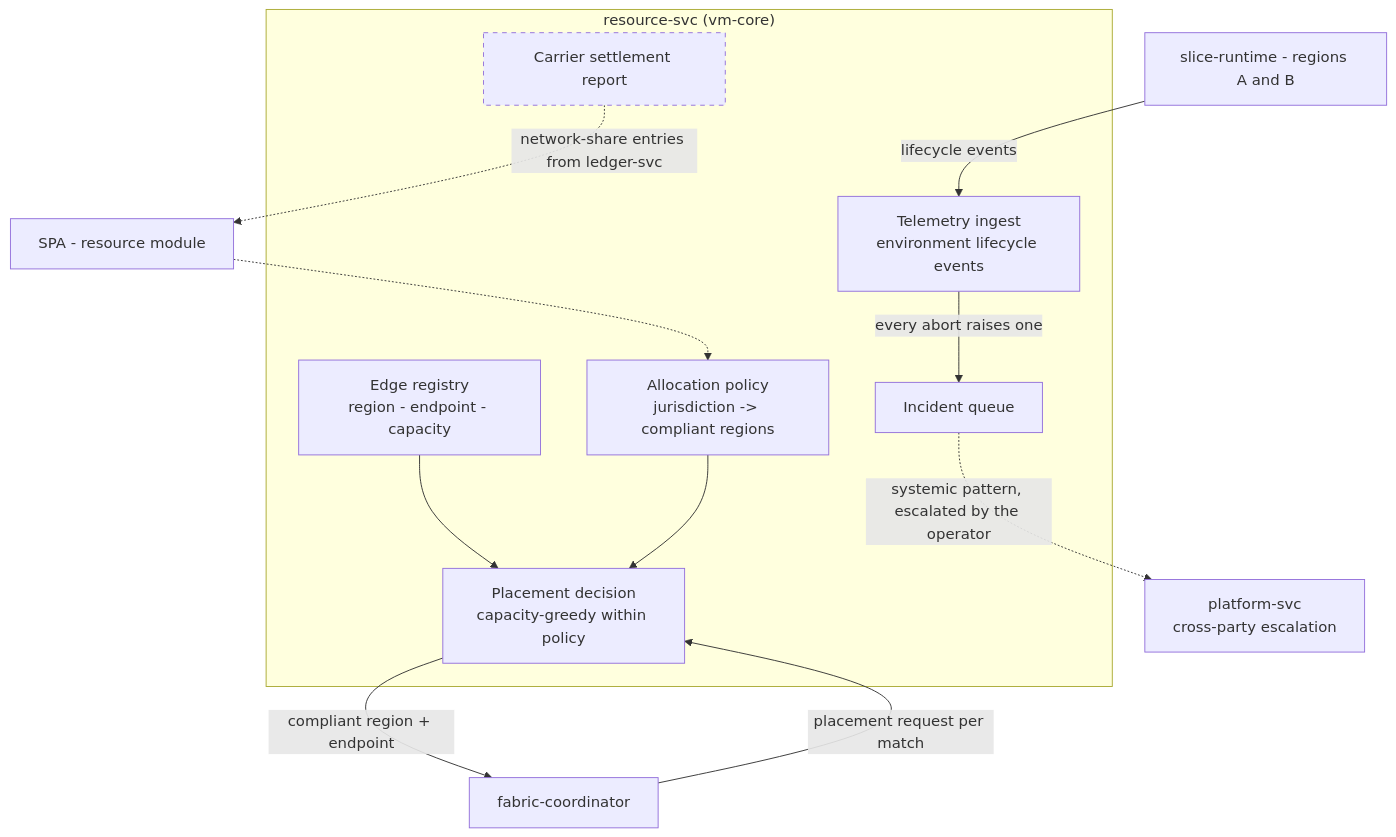
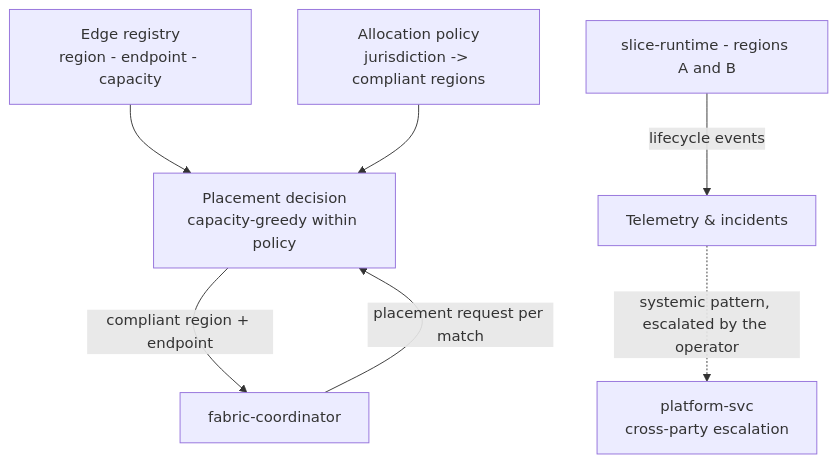
One commit to alius-git/amisad.dev changed the diagram in plan/design/04-resource.md. Above: the diagram before and after it, drawn with Mermaid. The commit also changed other lines of this file and 41 other files, not shown here.

First line of the commit message:
Index the AmisAd design diagrams and keep each within seven boxes

````diff
--- a/plan/design/04-resource.md
+++ b/plan/design/04-resource.md
@@ -7,28 +7,17 @@
 ```mermaid
 flowchart TD
-    subgraph svc["resource-svc (vm-core)"]
-        edges["Edge registry<br/>region - endpoint - capacity"]
-        policy["Allocation policy<br/>jurisdiction -> compliant regions"]
-        placement["Placement decision<br/>capacity-greedy within policy"]
-        telemetry["Telemetry ingest<br/>environment lifecycle events"]
-        incidents["Incident queue"]
-        settlement["Carrier settlement report"]
-    end
-    spa["SPA - resource module"]
+    edges["Edge registry<br/>region - endpoint - capacity"]
+    policy["Allocation policy<br/>jurisdiction -> compliant regions"]
+    placement["Placement decision<br/>capacity-greedy within policy"]
+    telemetry["Telemetry & incidents"]
     coordinator["fabric-coordinator"]
     edge["slice-runtime - regions A and B"]
     platform["platform-svc<br/>cross-party escalation"]
 
-    spa -.-> policy
     coordinator -->|"placement request per match"| placement
     edges --> placement
     policy --> placement
     placement -->|"compliant region + endpoint"| coordinator
     edge -->|"lifecycle events"| telemetry
-    telemetry -->|"every abort raises one"| incidents
-    incidents -.->|"systemic pattern, escalated by the operator"| platform
-    settlement -.->|"network-share entries from ledger-svc"| spa
-
-    classDef planned stroke-dasharray: 5 5
-    class settlement planned
+    telemetry -.->|"systemic pattern, escalated by the operator"| platform
 ```
````
